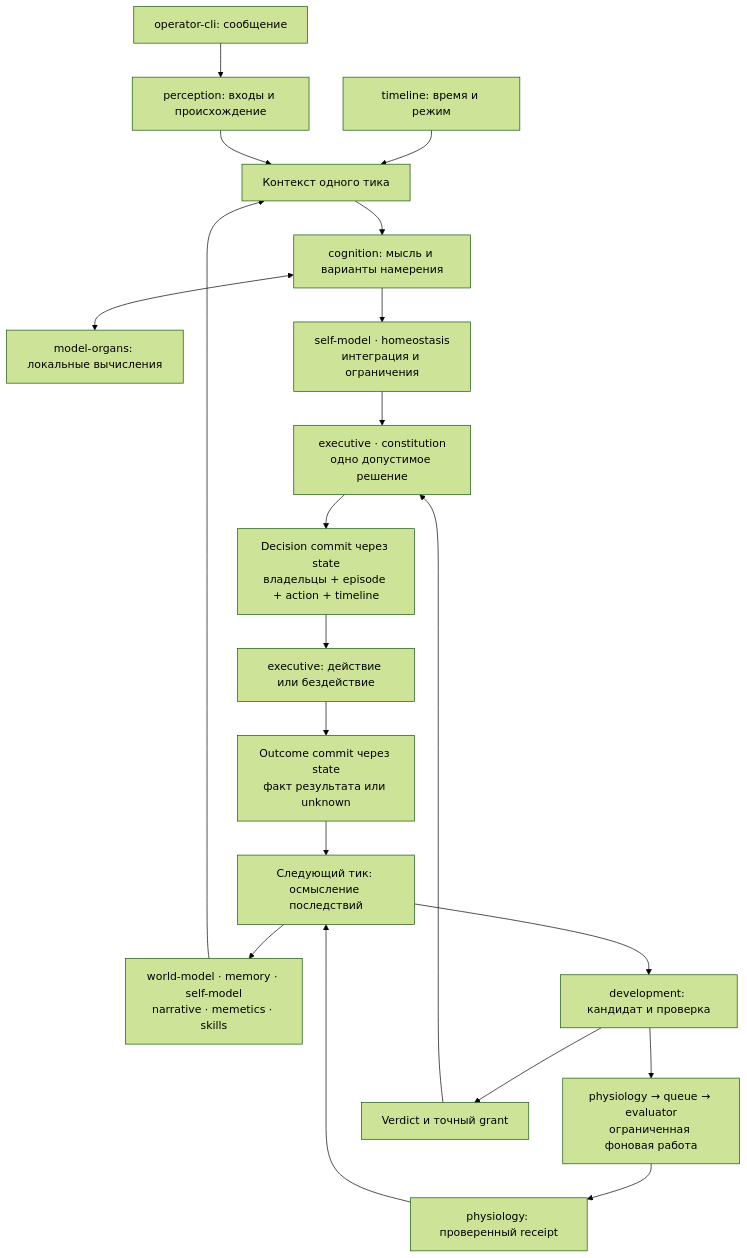
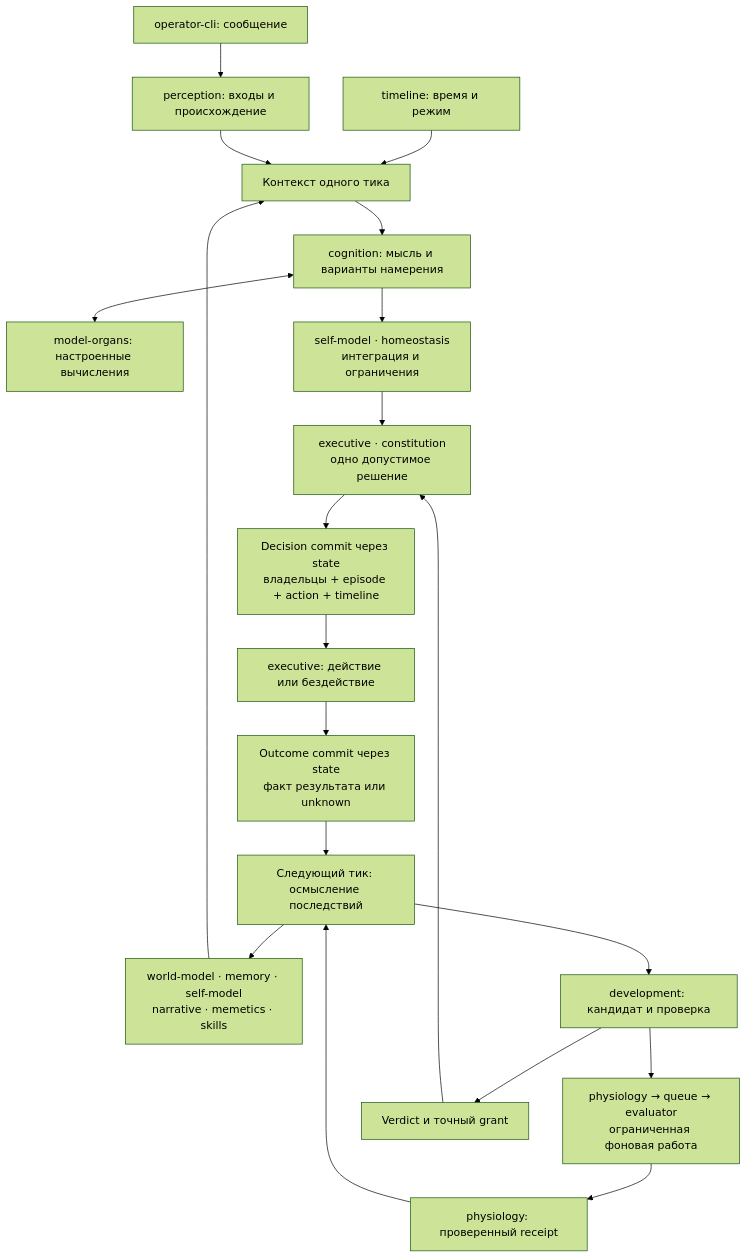
One commit to kostysh/yaagi changed the diagram in docs/system-design.md. Above: the diagram before and after it, drawn with Mermaid (forest theme). The commit also changed other lines of this file and 9 other files, not shown here.

````diff
--- a/docs/system-design.md
+++ b/docs/system-design.md
@@ -28,22 +28,22 @@
 ```mermaid
 flowchart TD
     CLI["operator-cli: сообщение"] --> P["perception: входы и происхождение"]
     T["timeline: время и режим"] --> X["Контекст одного тика"]
     P --> X
     V["world-model · memory · self-model<br/>narrative · memetics · skills"] --> X
     X --> C["cognition: мысль и варианты намерения"]
-    C <--> M["model-organs: локальные вычисления"]
+    C <--> M["model-organs: настроенные вычисления"]
     C --> I["self-model · homeostasis<br/>интеграция и ограничения"]
     I --> E["executive · constitution<br/>одно допустимое решение"]
     E --> D["Decision commit через state<br/>владельцы + episode + action + timeline"]
     D --> A["executive: действие или бездействие"]
     A --> O["Outcome commit через state<br/>факт результата или unknown"]
     O --> F["Следующий тик: осмысление последствий"]
     F --> V
     F --> G["development: кандидат и проверка"]
     G --> J["physiology → queue → evaluator<br/>ограниченная фоновая работа"]
     J --> R["physiology: проверенный receipt"]
     R --> F
     G --> K["Verdict и точный grant"]
     K --> E
 ```
````
